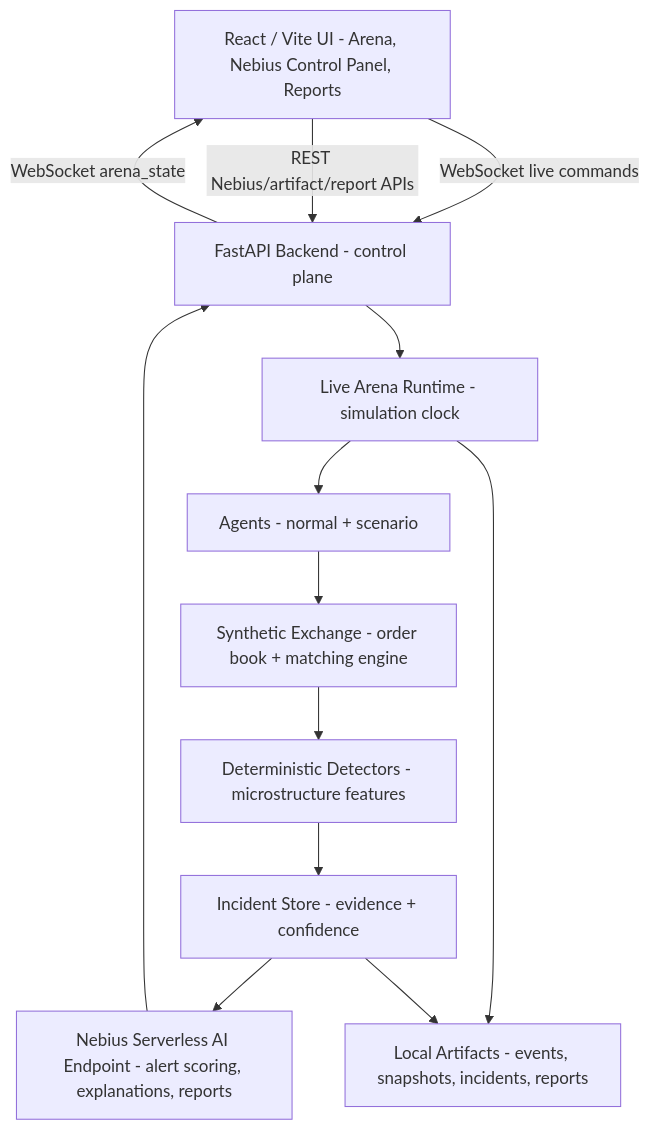
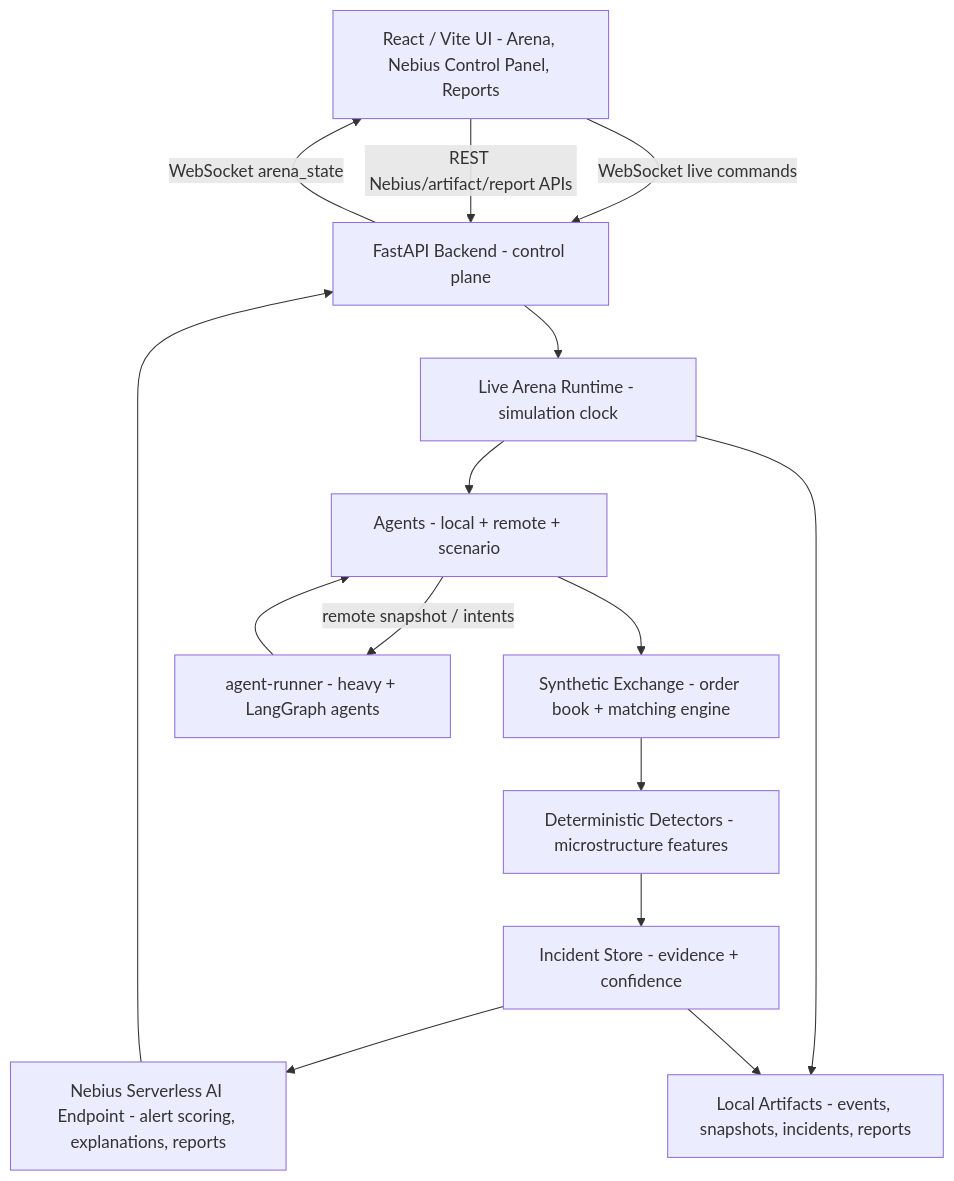
One commit to khab40/aimada changed the second of 8 diagrams in docs/architecture/ARD-0001-overall-architecture.md. Above: the diagram before and after it, drawn with Mermaid. The commit also changed other lines of this file and 21 other files, not shown here.

````diff
--- a/docs/architecture/ARD-0001-overall-architecture.md
+++ b/docs/architecture/ARD-0001-overall-architecture.md
@@ -55,25 +57,28 @@
 ```mermaid
 graph TD
     UI["React / Vite UI - Arena, Nebius Control Panel, Reports"]
     Backend["FastAPI Backend - control plane"]
     Runtime["Live Arena Runtime - simulation clock"]
     Exchange["Synthetic Exchange - order book + matching engine"]
-    Agents["Agents - normal + scenario"]
+    Agents["Agents - local + remote + scenario"]
+    Runner["agent-runner - heavy + LangGraph agents"]
     Detectors["Deterministic Detectors - microstructure features"]
     Incidents["Incident Store - evidence + confidence"]
     Endpoint["Nebius Serverless AI Endpoint - alert scoring, explanations, reports"]
     Store["Local Artifacts - events, snapshots, incidents, reports"]
 
     UI -->|WebSocket live commands| Backend
     Backend -->|WebSocket arena_state| UI
     UI -->|REST Nebius/artifact/report APIs| Backend
     Backend --> Runtime
     Runtime --> Agents
+    Agents -->|remote snapshot / intents| Runner
+    Runner --> Agents
     Agents --> Exchange
     Exchange --> Detectors
     Detectors --> Incidents
     Incidents --> Endpoint
     Endpoint --> Backend
     Runtime --> Store
     Incidents --> Store
 ```
````
